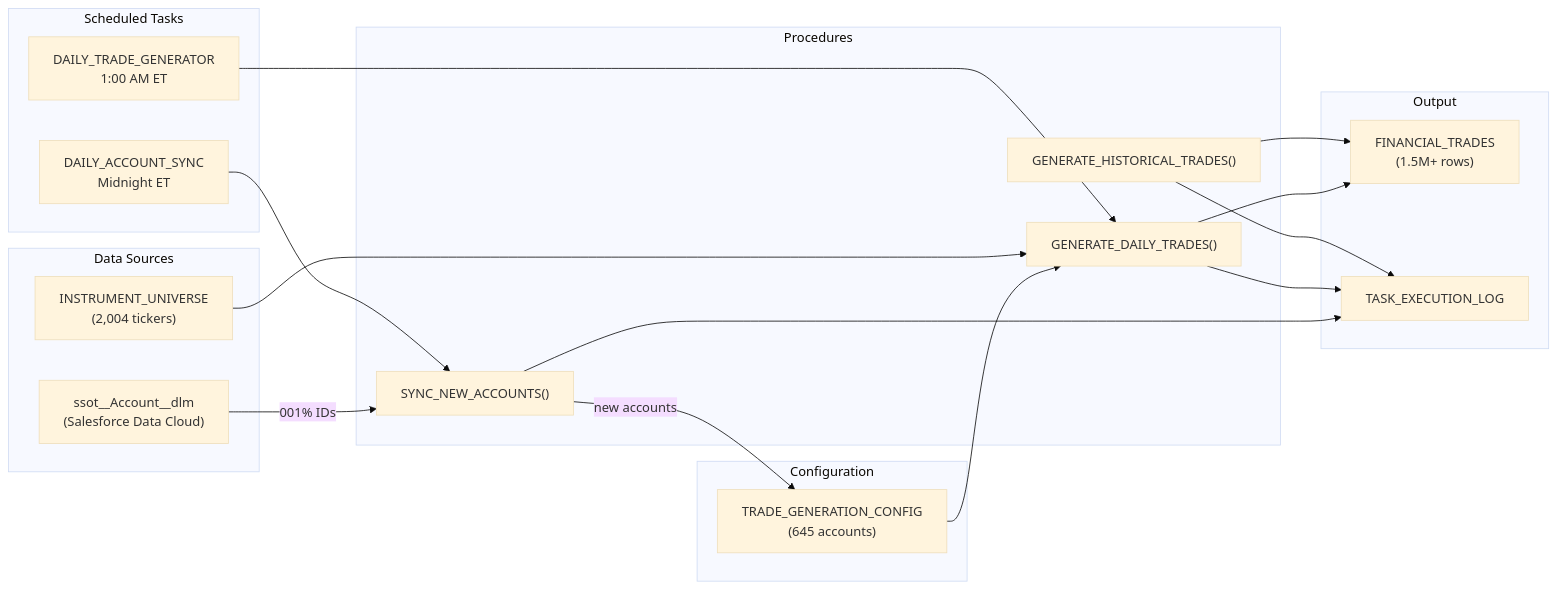
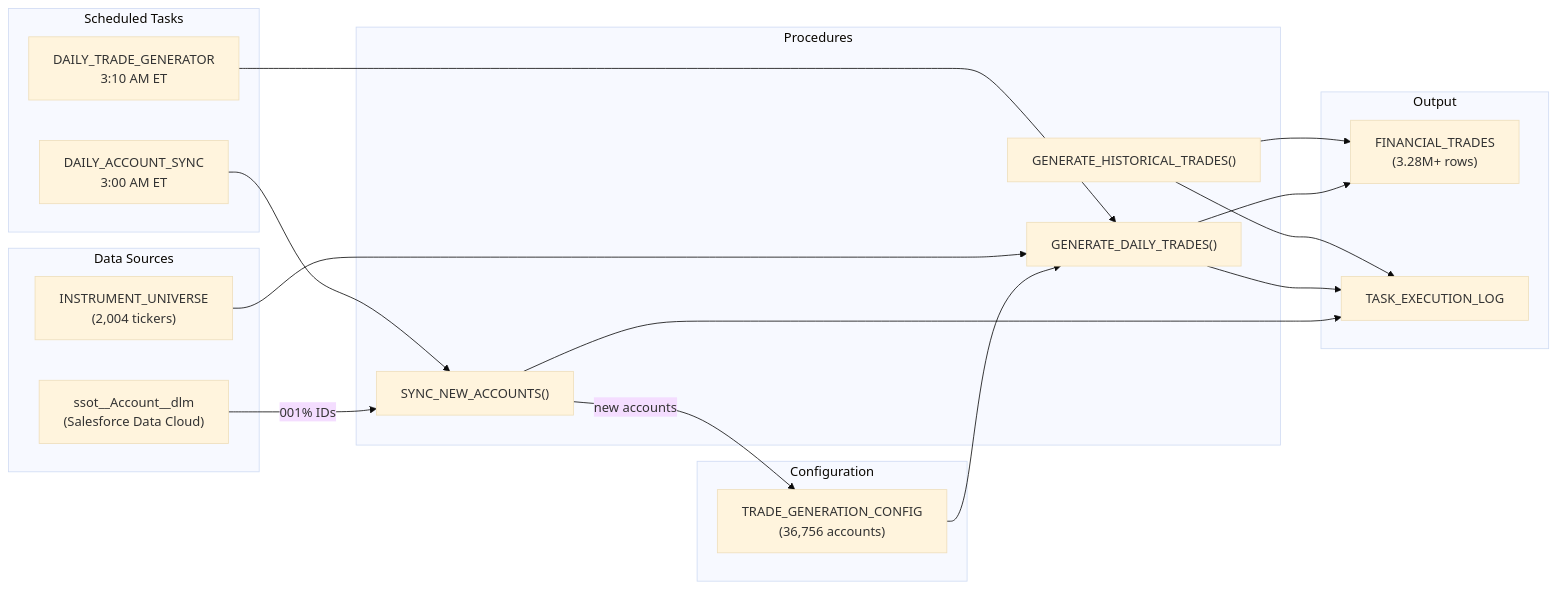
One commit to josers18/JDO changed the diagram in Financial_Trades_Generation/README.md. Above: the diagram before and after it, drawn with Mermaid (base theme). The commit also changed other lines of this file and 167 other files, not shown here.

````diff
--- a/Financial_Trades_Generation/README.md
+++ b/Financial_Trades_Generation/README.md
@@ -37,39 +35,39 @@
 ```mermaid
 graph LR
     subgraph "Data Sources"
         A["ssot__Account__dlm<br/>(Salesforce Data Cloud)"]
         B["INSTRUMENT_UNIVERSE<br/>(2,004 tickers)"]
     end
 
     subgraph "Configuration"
-        C["TRADE_GENERATION_CONFIG<br/>(645 accounts)"]
+        C["TRADE_GENERATION_CONFIG<br/>(36,756 accounts)"]
     end
 
     subgraph "Scheduled Tasks"
-        T1["DAILY_ACCOUNT_SYNC<br/>Midnight ET"]
-        T2["DAILY_TRADE_GENERATOR<br/>1:00 AM ET"]
+        T1["DAILY_ACCOUNT_SYNC<br/>3:00 AM ET"]
+        T2["DAILY_TRADE_GENERATOR<br/>3:10 AM ET"]
     end
 
     subgraph "Procedures"
         P1["SYNC_NEW_ACCOUNTS()"]
         P2["GENERATE_DAILY_TRADES()"]
         P3["GENERATE_HISTORICAL_TRADES()"]
     end
 
     subgraph "Output"
-        D["FINANCIAL_TRADES<br/>(1.5M+ rows)"]
+        D["FINANCIAL_TRADES<br/>(3.28M+ rows)"]
         E["TASK_EXECUTION_LOG"]
     end
 
     A -->|"001% IDs"| P1
     T1 --> P1
     P1 -->|"new accounts"| C
     C --> P2
     B --> P2
     T2 --> P2
     P2 --> D
     P3 --> D
     P1 --> E
     P2 --> E
     P3 --> E
 ```
````
